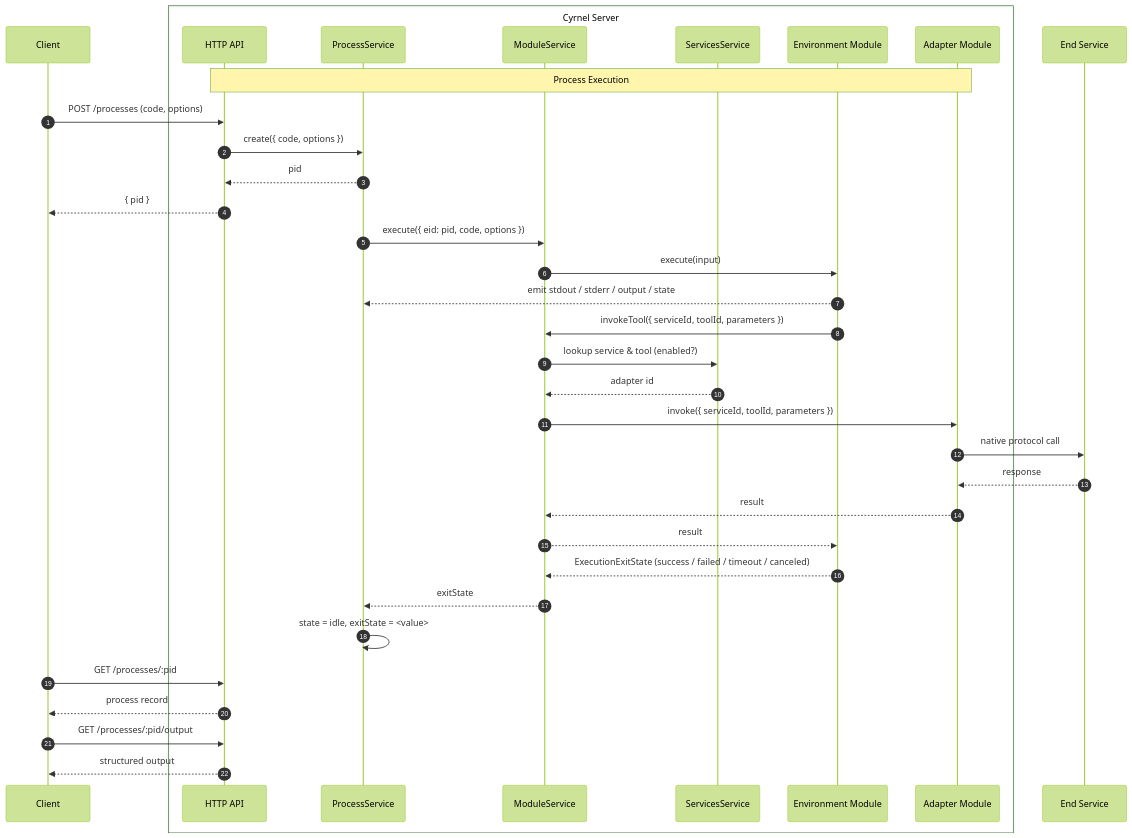
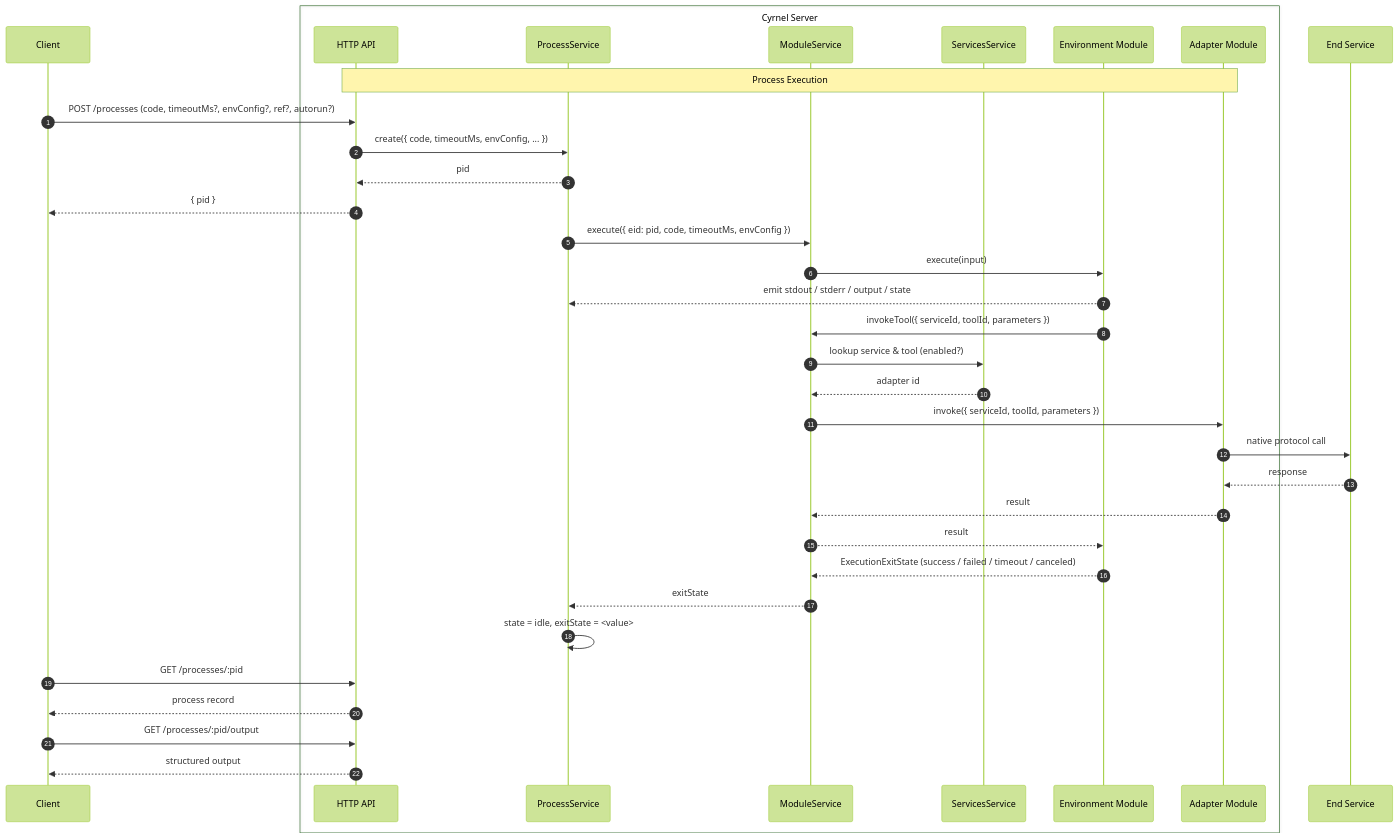
One commit to actelos/cyrnel changed the second of 2 diagrams in docs/cyrnel/docs/architecture.mdx. Above: the diagram before and after it, drawn with Mermaid (forest theme). The commit also changed 23 other files, not shown here.

First line of the commit message:
feat: replace ExecutionOptions with envConfig + API-level timeoutMs

````diff
--- a/docs/cyrnel/docs/architecture.mdx
+++ b/docs/cyrnel/docs/architecture.mdx
@@ -91,45 +91,45 @@
 ```mermaid
 sequenceDiagram
     autonumber
 
     participant Client
 
     box Cyrnel Server
         participant API as HTTP API
         participant PS as ProcessService
         participant MS as ModuleService
         participant SS as ServicesService
         participant Env as Environment Module
         participant Adapter as Adapter Module
     end
 
     participant Service as End Service
 
     Note over API,Adapter: Process Execution
-    Client->>API: POST /processes (code, options)
-    API->>PS: create({ code, options })
+    Client->>API: POST /processes (code, timeoutMs?, envConfig?, ref?, autorun?)
+    API->>PS: create({ code, timeoutMs, envConfig, ... })
     PS-->>API: pid
     API-->>Client: { pid }
 
-    PS->>MS: execute({ eid: pid, code, options })
+    PS->>MS: execute({ eid: pid, code, timeoutMs, envConfig })
     MS->>Env: execute(input)
     Env-->>PS: emit stdout / stderr / output / state
 
     Env->>MS: invokeTool({ serviceId, toolId, parameters })
     MS->>SS: lookup service & tool (enabled?)
     SS-->>MS: adapter id
     MS->>Adapter: invoke({ serviceId, toolId, parameters })
     Adapter->>Service: native protocol call
     Service-->>Adapter: response
     Adapter-->>MS: result
     MS-->>Env: result
 
     Env-->>MS: ExecutionExitState (success / failed / timeout / canceled)
     MS-->>PS: exitState
     PS->>PS: state = idle, exitState = <value>
 
     Client->>API: GET /processes/:pid
     API-->>Client: process record
     Client->>API: GET /processes/:pid/output
     API-->>Client: structured output
 ```
````
